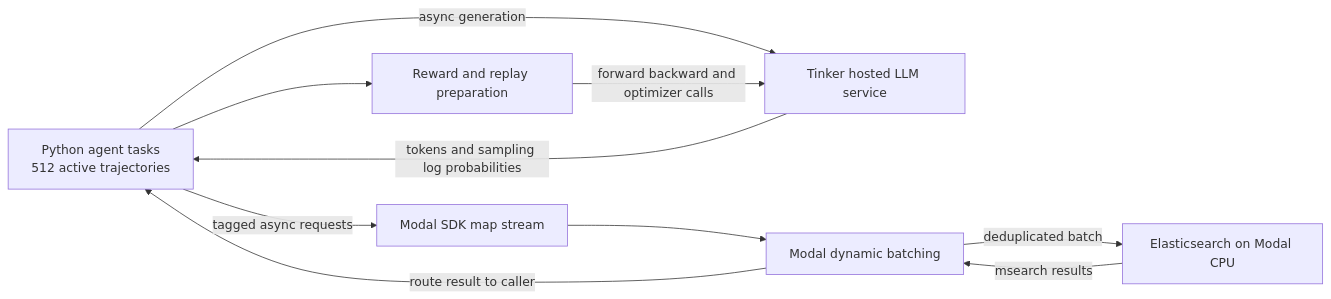
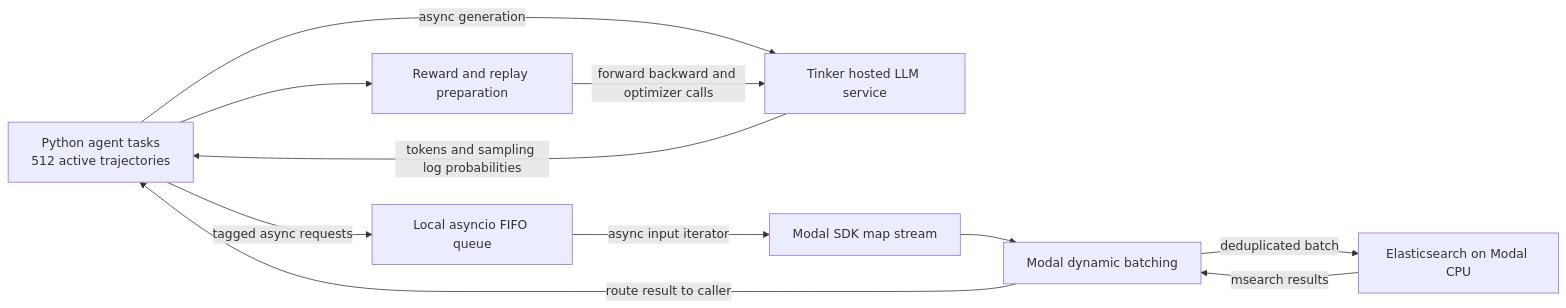
The diagram in README.md (PavanRajGowda/react-rag-rl), drawn with Mermaid before and after one commit. The commit also changed other lines of this file, not shown here.

````diff
--- a/README.md
+++ b/README.md
@@ -118,12 +501,13 @@
 ```mermaid
 flowchart LR
     A[Python agent tasks<br/>512 active trajectories] -->|async generation| T[Tinker hosted LLM service]
     T -->|tokens and sampling log probabilities| A
-    A -->|tagged async requests| M[Modal SDK map stream]
+    A -->|tagged async requests| Q[Local asyncio FIFO queue]
+    Q -->|async input iterator| M[Modal SDK map stream]
     M --> B[Modal dynamic batching]
     B -->|deduplicated batch| E[Elasticsearch on Modal CPU]
     E -->|msearch results| B
     B -->|route result to caller| A
     A --> R[Reward and replay preparation]
     R -->|forward backward and optimizer calls| T
 ```
````
